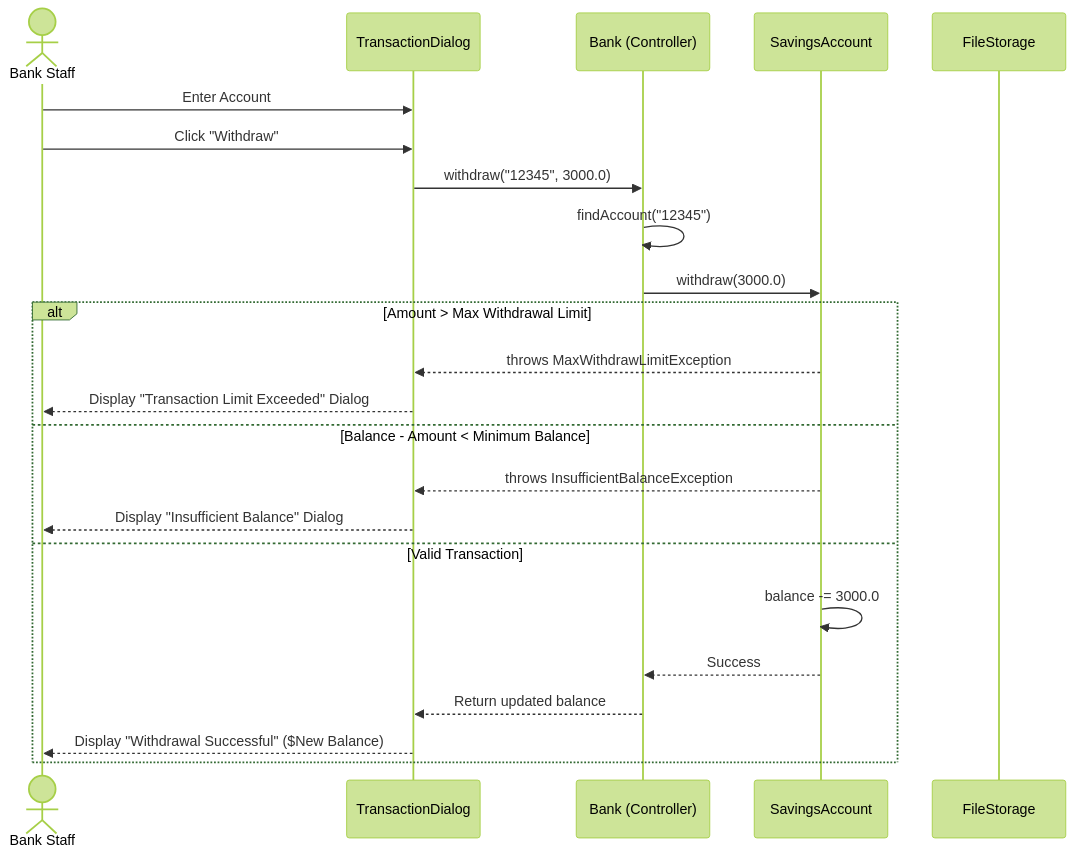
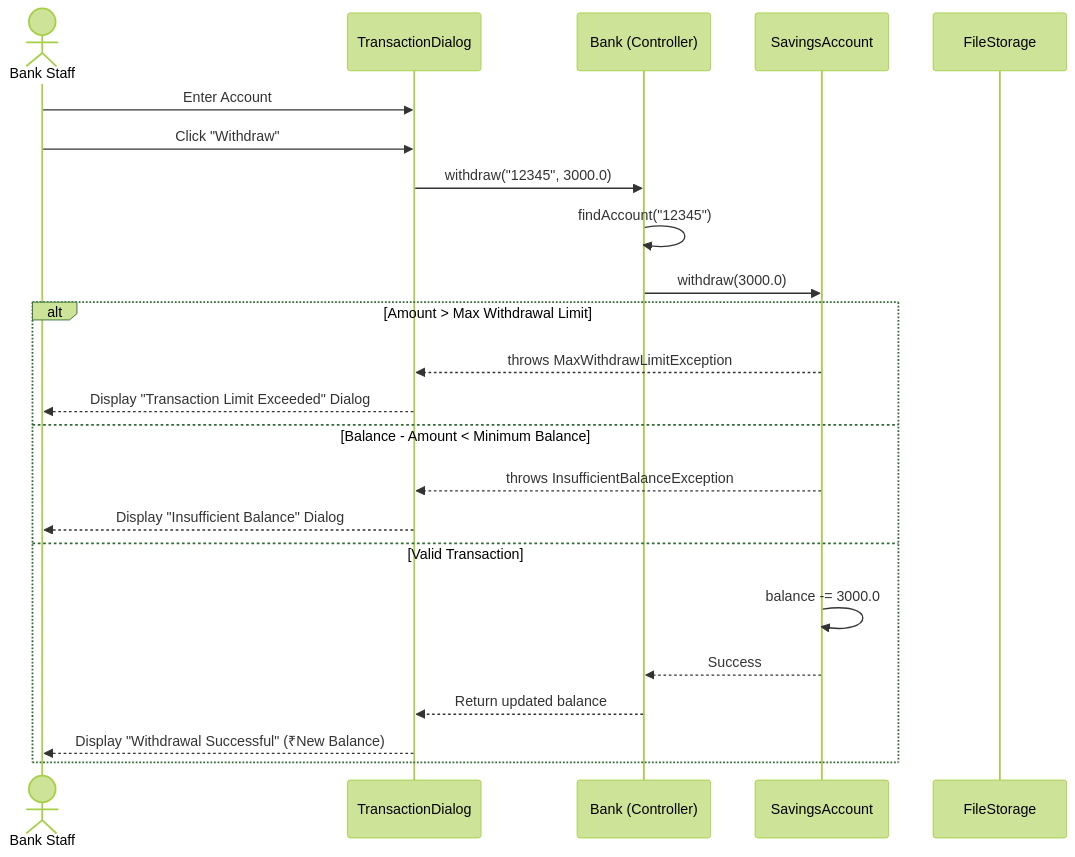
One commit to manishbollikonda-318/GRIET-BANK-INDIA changed the second of 2 diagrams in PROJECT_REPORT.md. Above: the diagram before and after it, drawn with Mermaid (forest theme). The commit also changed other lines of this file and 13 other files, not shown here.

````diff
--- a/PROJECT_REPORT.md
+++ b/PROJECT_REPORT.md
@@ -269,27 +269,27 @@
 ```mermaid
 sequenceDiagram
     actor Operator as Bank Staff
     participant UI as TransactionDialog
     participant Bank as Bank (Controller)
     participant Account as SavingsAccount
     participant Storage as FileStorage
 
-    Operator->>UI: Enter Account # and Amount ($3,000)
+    Operator->>UI: Enter Account # and Amount (₹3,000)
     Operator->>UI: Click "Withdraw"
     UI->>Bank: withdraw("12345", 3000.0)
     Bank->>Bank: findAccount("12345")
     Bank->>Account: withdraw(3000.0)
     
     alt Amount > Max Withdrawal Limit
         Account-->>UI: throws MaxWithdrawLimitException
         UI-->>Operator: Display "Transaction Limit Exceeded" Dialog
     else Balance - Amount < Minimum Balance
         Account-->>UI: throws InsufficientBalanceException
         UI-->>Operator: Display "Insufficient Balance" Dialog
     else Valid Transaction
         Account->>Account: balance -= 3000.0
         Account-->>Bank: Success
         Bank-->>UI: Return updated balance
-        UI-->>Operator: Display "Withdrawal Successful" ($New Balance)
+        UI-->>Operator: Display "Withdrawal Successful" (₹New Balance)
     end
 ```
````
